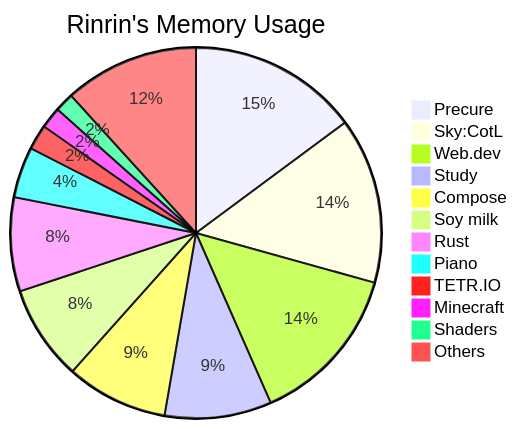
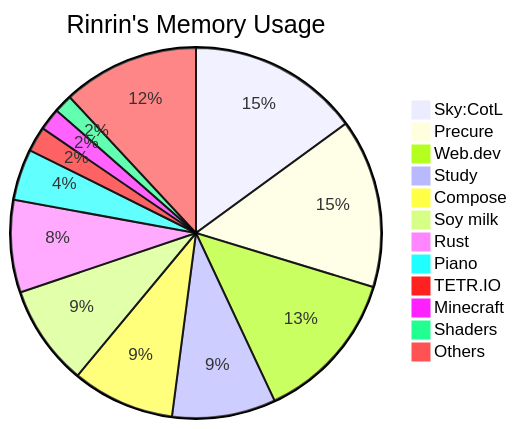
One commit to Rinrin0413/Rinrin0413 changed the diagram in README.md. Above: the diagram before and after it, drawn with Mermaid.

Commit message:
🛠 Update: Rinrin's Memory Usage

````diff
--- a/README.md
+++ b/README.md
@@ -76,15 +76,15 @@
 ```mermaid
 pie title Rinrin's Memory Usage
-    "Precure": 502
-    "Sky:CotL": 489
-    "Web.dev": 476
-    "Study": 315
+    "Sky:CotL": 501
+    "Precure": 494
+    "Web.dev": 446
+    "Study": 303
     "Compose": 300
-    "Soy milk": 281
-    "Rust": 277
+    "Soy milk": 294
+    "Rust": 270
     "Piano": 150
-    "TETR.IO": 74
-    "Minecraft": 63
-    "Shaders": 56
-    "Others": 397
+    "TETR.IO": 73
+    "Minecraft": 65
+    "Shaders": 54
+    "Others": 399
 ```
````
